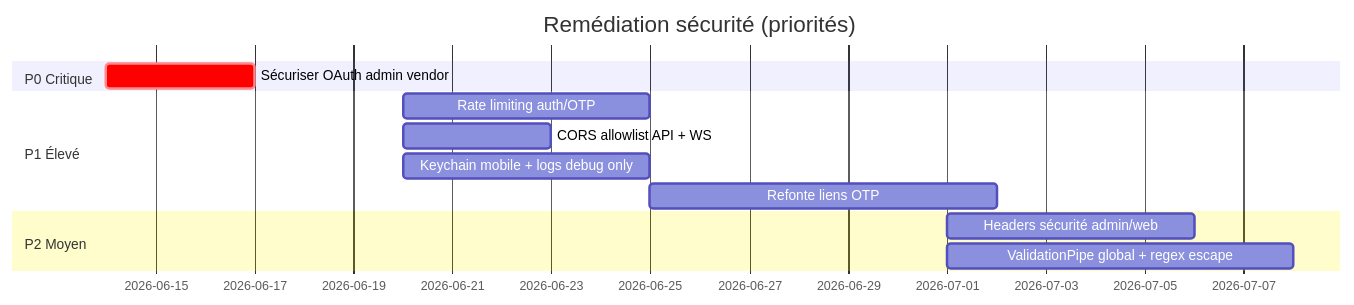
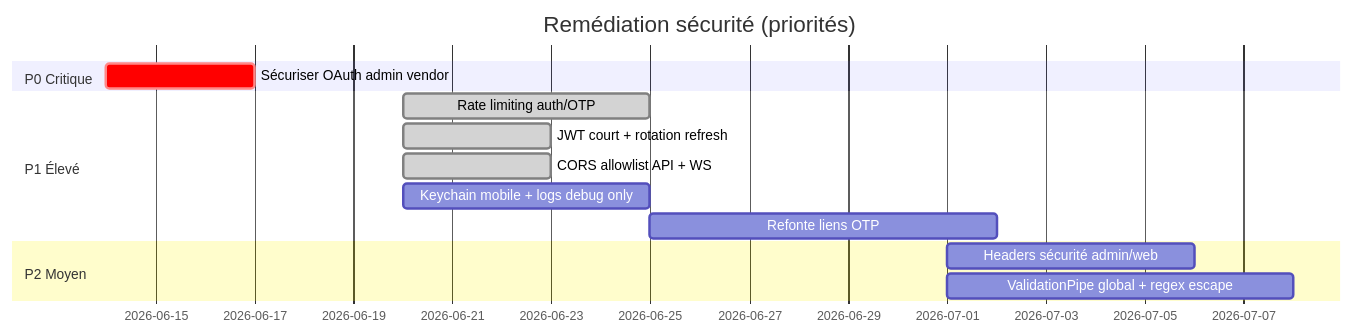
The diagram in docs/SECURITY_AUDIT.md (AfrikanMeals/africa-meals-api), drawn with Mermaid before and after one commit. The commit also changed other lines of this file and 21 other files, not shown here.

````diff
--- a/docs/SECURITY_AUDIT.md
+++ b/docs/SECURITY_AUDIT.md
@@ -144,15 +144,16 @@
 ```mermaid
 gantt
     title Remédiation sécurité (priorités)
     dateFormat  YYYY-MM-DD
     section P0 Critique
     Sécuriser OAuth admin vendor              :crit, 2026-06-14, 3d
     section P1 Élevé
-    Rate limiting auth/OTP                    :2026-06-20, 5d
-    CORS allowlist API + WS                   :2026-06-20, 3d
+    Rate limiting auth/OTP                    :done, 2026-06-20, 5d
+    JWT court + rotation refresh              :done, 2026-06-20, 3d
+    CORS allowlist API + WS                   :done, 2026-06-20, 3d
     Keychain mobile + logs debug only         :2026-06-20, 5d
     Refonte liens OTP                         :2026-06-25, 7d
     section P2 Moyen
     Headers sécurité admin/web                :2026-07-01, 5d
     ValidationPipe global + regex escape      :2026-07-01, 7d
 ```
````
